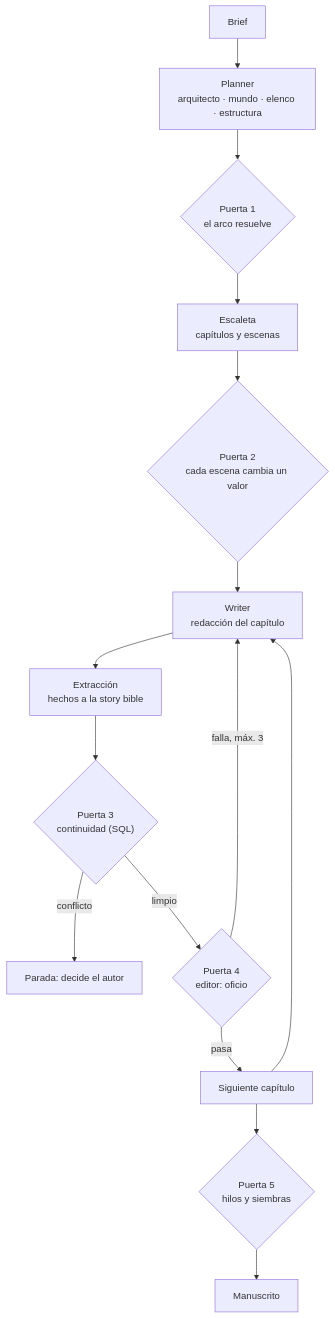
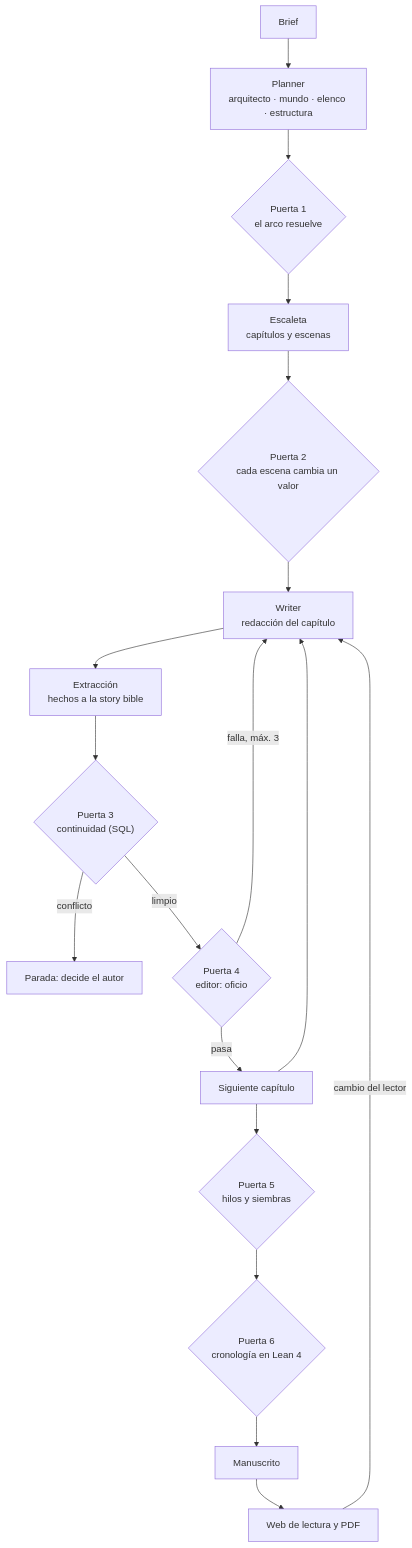
Before and after one commit to HaroldSebastianqaracter/novelas-de-horror-espacial: the diagram in README.md, drawn with Mermaid. The commit also changed other lines of this file, not shown here.

Commit message:
README: la web de lectura, las specs, los validadores formales y los ejemplos al dia

````diff
--- a/README.md
+++ b/README.md
@@ -9,17 +9,20 @@
 ```mermaid
 graph TD
   B["Brief"] --> P["Planner<br/>arquitecto · mundo · elenco · estructura"]
   P --> G1{"Puerta 1<br/>el arco resuelve"}
   G1 --> E["Escaleta<br/>capítulos y escenas"]
   E --> G2{"Puerta 2<br/>cada escena cambia un valor"}
   G2 --> W["Writer<br/>redacción del capítulo"]
   W --> X["Extracción<br/>hechos a la story bible"]
   X --> G3{"Puerta 3<br/>continuidad (SQL)"}
   G3 -- "conflicto" --> STOP["Parada: decide el autor"]
   G3 -- "limpio" --> G4{"Puerta 4<br/>editor: oficio"}
   G4 -- "falla, máx. 3" --> W
   G4 -- "pasa" --> N["Siguiente capítulo"]
   N --> W
   N --> G5{"Puerta 5<br/>hilos y siembras"}
-  G5 --> F["Manuscrito"]
+  G5 --> G6{"Puerta 6<br/>cronología en Lean 4"}
+  G6 --> F["Manuscrito"]
+  F --> L["Web de lectura y PDF"]
+  L -- "cambio del lector" --> W
 ```
````
